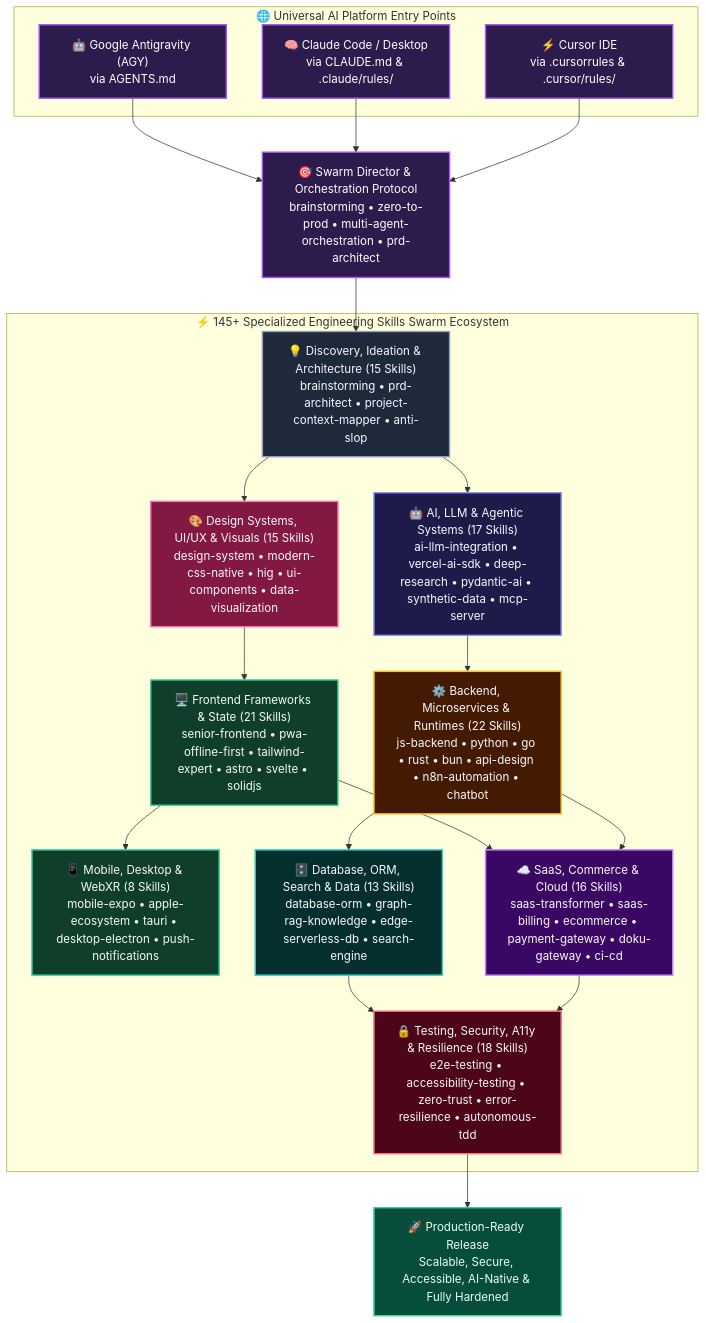
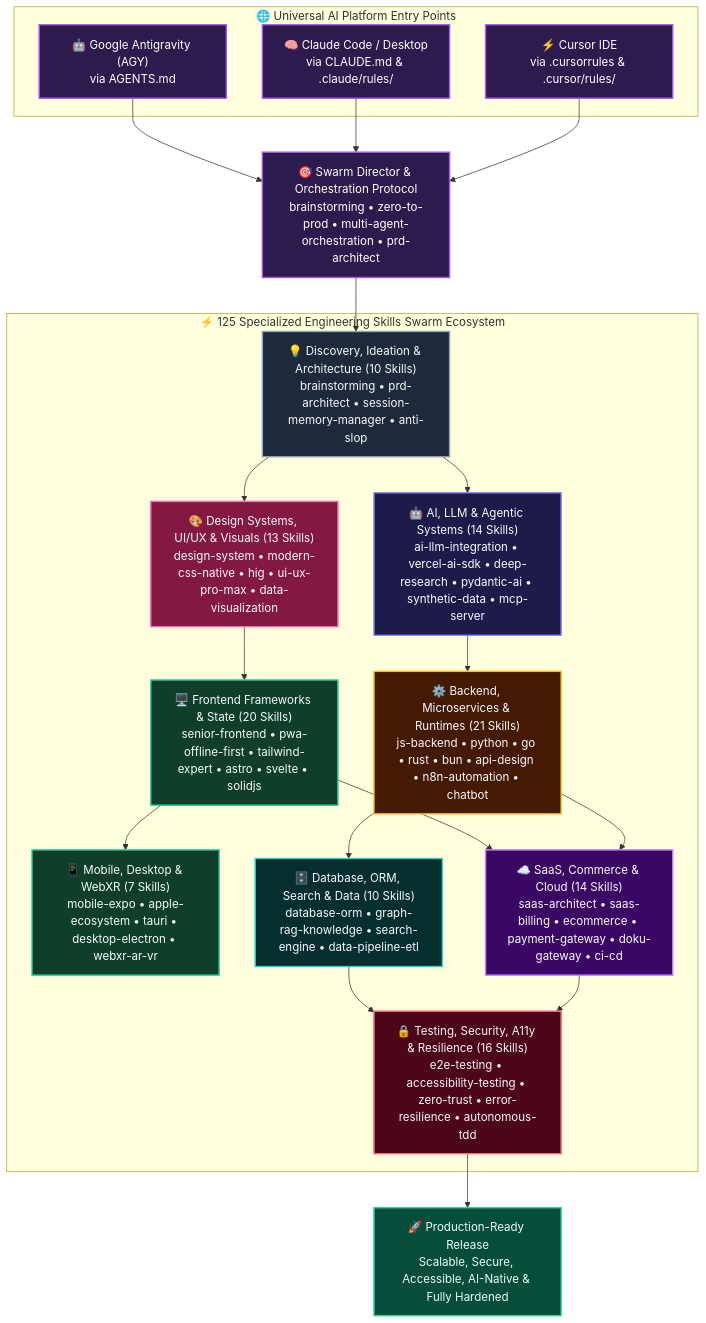
Before and after one commit to roedyrustam/vibes-plug: the diagram in README.md, drawn with Mermaid. The commit also changed other lines of this file and 47 other files, not shown here.

Commit message:
feat: add new expert skills and configuration templates to vibes-plug plugin

````diff
--- a/README.md
+++ b/README.md
@@ -16,64 +16,64 @@
 ```mermaid
 graph TD
     subgraph PLATFORMS["🌐 Universal AI Platform Entry Points"]
         AGY["🤖 Google Antigravity (AGY)<br/>via AGENTS.md"]
         CLAUDE["🧠 Claude Code / Desktop<br/>via CLAUDE.md & .claude/rules/"]
         CURSOR["⚡ Cursor IDE<br/>via .cursorrules & .cursor/rules/"]
     end
 
     DIRECTOR["🎯 Swarm Director & Orchestration Protocol<br/>brainstorming • zero-to-prod • multi-agent-orchestration • prd-architect"]
 
-    subgraph SWARM["⚡ 145+ Specialized Engineering Skills Swarm Ecosystem"]
-        D1["💡 Discovery, Ideation & Architecture (15 Skills)<br/>brainstorming • prd-architect • project-context-mapper • anti-slop"]
-        D2["🤖 AI, LLM & Agentic Systems (17 Skills)<br/>ai-llm-integration • vercel-ai-sdk • deep-research • pydantic-ai • synthetic-data • mcp-server"]
-        D3["🎨 Design Systems, UI/UX & Visuals (15 Skills)<br/>design-system • modern-css-native • hig • ui-components • data-visualization"]
-        D4["🖥️ Frontend Frameworks & State (21 Skills)<br/>senior-frontend • pwa-offline-first • tailwind-expert • astro • svelte • solidjs"]
-        D5["📱 Mobile, Desktop & WebXR (8 Skills)<br/>mobile-expo • apple-ecosystem • tauri • desktop-electron • push-notifications"]
-        D6["⚙️ Backend, Microservices & Runtimes (22 Skills)<br/>js-backend • python • go • rust • bun • api-design • n8n-automation • chatbot"]
-        D7["🗄️ Database, ORM, Search & Data (13 Skills)<br/>database-orm • graph-rag-knowledge • edge-serverless-db • search-engine"]
-        D8["☁️ SaaS, Commerce & Cloud (16 Skills)<br/>saas-transformer • saas-billing • ecommerce • payment-gateway • doku-gateway • ci-cd"]
-        D9["🔒 Testing, Security, A11y & Resilience (18 Skills)<br/>e2e-testing • accessibility-testing • zero-trust • error-resilience • autonomous-tdd"]
+    subgraph SWARM["⚡ 125 Specialized Engineering Skills Swarm Ecosystem"]
+        D1["💡 Discovery, Ideation & Architecture (10 Skills)<br/>brainstorming • prd-architect • session-memory-manager • anti-slop"]
+        D2["🤖 AI, LLM & Agentic Systems (14 Skills)<br/>ai-llm-integration • vercel-ai-sdk • deep-research • pydantic-ai • synthetic-data • mcp-server"]
+        D3["🎨 Design Systems, UI/UX & Visuals (13 Skills)<br/>design-system • modern-css-native • hig • ui-ux-pro-max • data-visualization"]
+        D4["🖥️ Frontend Frameworks & State (20 Skills)<br/>senior-frontend • pwa-offline-first • tailwind-expert • astro • svelte • solidjs"]
+        D5["📱 Mobile, Desktop & WebXR (7 Skills)<br/>mobile-expo • apple-ecosystem • tauri • desktop-electron • webxr-ar-vr"]
+        D6["⚙️ Backend, Microservices & Runtimes (21 Skills)<br/>js-backend • python • go • rust • bun • api-design • n8n-automation • chatbot"]
+        D7["🗄️ Database, ORM, Search & Data (10 Skills)<br/>database-orm • graph-rag-knowledge • search-engine • data-pipeline-etl"]
+        D8["☁️ SaaS, Commerce & Cloud (14 Skills)<br/>saas-architect • saas-billing • ecommerce • payment-gateway • doku-gateway • ci-cd"]
+        D9["🔒 Testing, Security, A11y & Resilience (16 Skills)<br/>e2e-testing • accessibility-testing • zero-trust • error-resilience • autonomous-tdd"]
     end
 
     PROD["🚀 Production-Ready Release<br/>Scalable, Secure, Accessible, AI-Native & Fully Hardened"]
 
     AGY --> DIRECTOR
     CLAUDE --> DIRECTOR
     CURSOR --> DIRECTOR
 
     DIRECTOR --> D1
     D1 --> D2
     D1 --> D3
     D2 --> D6
     D3 --> D4
     D4 --> D5
     D4 --> D8
     D6 --> D7
     D6 --> D8
     D7 --> D9
     D8 --> D9
     D9 --> PROD
 
     classDef hero fill:#2d1b4e,stroke:#a855f7,stroke-width:2px,color:#fff;
     classDef ai fill:#1e1b4b,stroke:#818cf8,stroke-width:2px,color:#f8fafc;
     classDef ui fill:#831843,stroke:#f472b6,stroke-width:2px,color:#f8fafc;
     classDef front fill:#0f3f2a,stroke:#34d399,stroke-width:2px,color:#f8fafc;
     classDef back fill:#451a03,stroke:#fbbf24,stroke-width:2px,color:#f8fafc;
     classDef saas fill:#3b0764,stroke:#c084fc,stroke-width:2px,color:#f8fafc;
     classDef db fill:#042f2e,stroke:#2dd4bf,stroke-width:2px,color:#f8fafc;
     classDef sec fill:#4c0519,stroke:#fb7185,stroke-width:2px,color:#f8fafc;
     classDef util fill:#1e293b,stroke:#94a3b8,stroke-width:2px,color:#f8fafc;
     classDef target fill:#064e3b,stroke:#34d399,stroke-width:2px,color:#ecfdf5;
 
     class AGY,CLAUDE,CURSOR,DIRECTOR hero;
     class D1 util;
     class D2 ai;
     class D3 ui;
     class D4 front;
     class D5 front;
     class D6 back;
     class D7 db;
     class D8 saas;
     class D9 sec;
     class PROD target;
 ```
````
